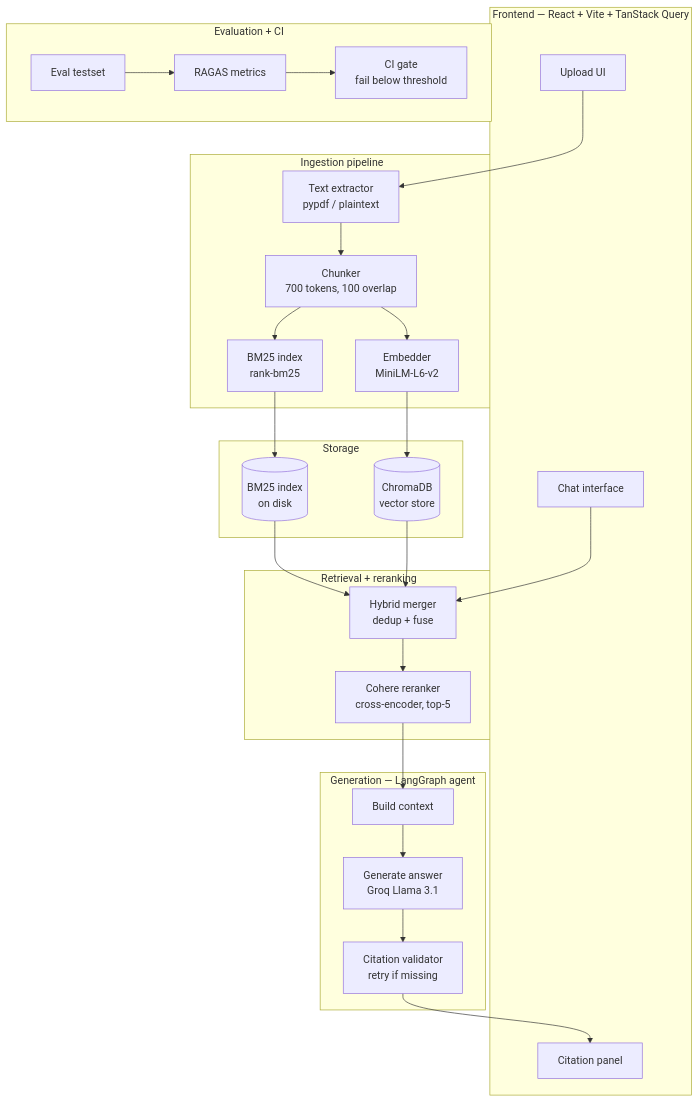
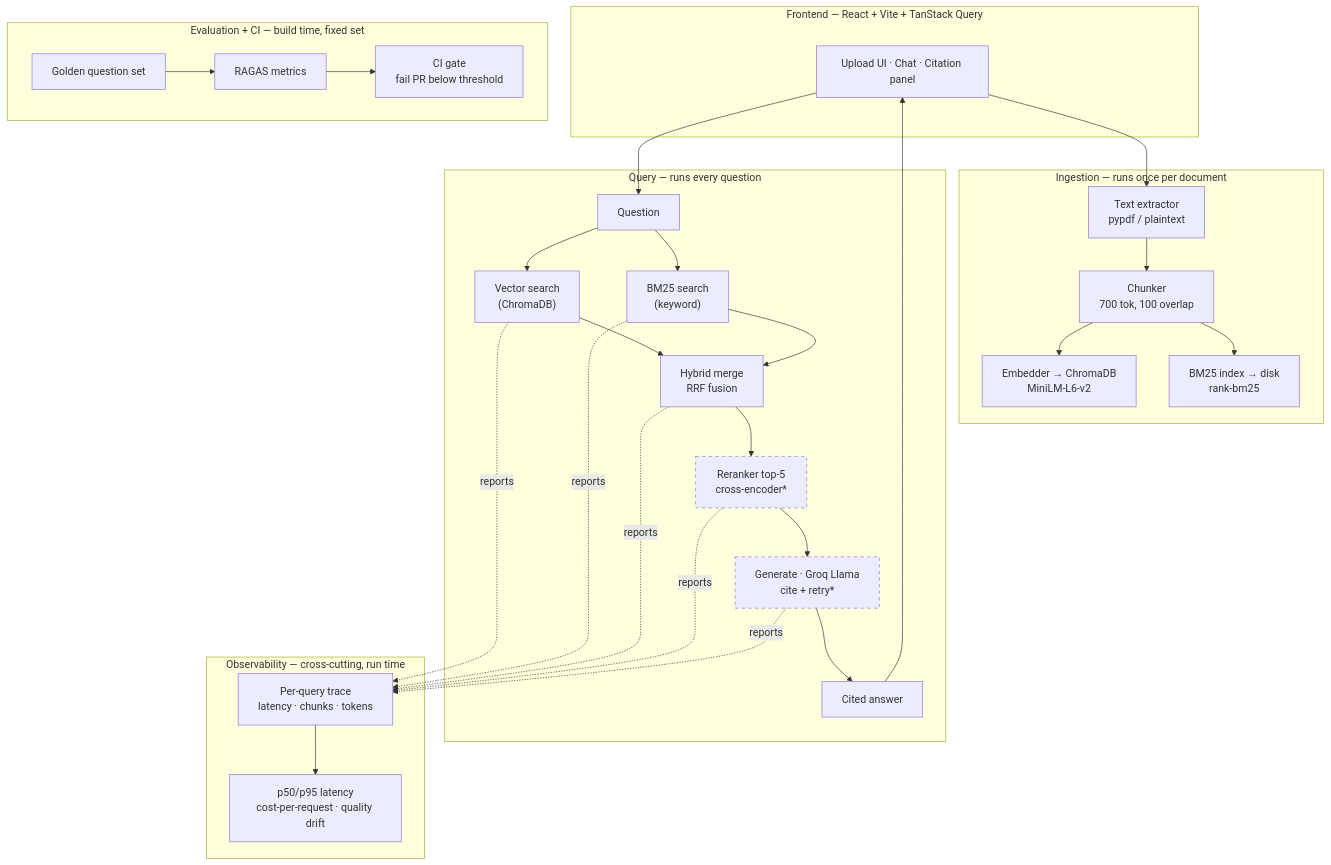
The diagram in README.md (guptaisha77/ask-my-docs), drawn with Mermaid before and after one commit. The commit also changed other lines of this file, not shown here.

Commit message:
docs: redesign arch diagram with observability layer, add hybrid/generation concepts, sync status

````diff
--- a/README.md
+++ b/README.md
@@ -41,56 +42,43 @@
 ```mermaid
 flowchart TD
     subgraph FE["Frontend — React + Vite + TanStack Query"]
-        UI["Upload UI"]
-        Chat["Chat interface"]
-        Cite["Citation panel"]
+        UI["Upload UI · Chat · Citation panel"]
     end
 
-    subgraph ING["Ingestion pipeline"]
-        Extract["Text extractor<br/>pypdf / plaintext"]
-        Chunk["Chunker<br/>700 tokens, 100 overlap"]
-        Embed["Embedder<br/>MiniLM-L6-v2"]
-        BM25idx["BM25 index<br/>rank-bm25"]
+    subgraph ING["Ingestion — runs once per document"]
+        Extract["Text extractor<br/>pypdf / plaintext"] --> Chunk["Chunker<br/>700 tok, 100 overlap"]
+        Chunk --> Embed["Embedder → ChromaDB<br/>MiniLM-L6-v2"]
+        Chunk --> BM25idx["BM25 index → disk<br/>rank-bm25"]
     end
 
-    subgraph STORE["Storage"]
-        Chroma[("ChromaDB<br/>vector store")]
-        Pickle[("BM25 index<br/>on disk")]
+    subgraph QRY["Query — runs every question"]
+        Q["Question"] --> VS["Vector search<br/>(ChromaDB)"]
+        Q --> KS["BM25 search<br/>(keyword)"]
+        VS --> Hybrid["Hybrid merge<br/>RRF fusion"]
+        KS --> Hybrid
+        Hybrid --> Rerank["Reranker top-5<br/>cross-encoder*"]
+        Rerank --> Gen["Generate · Groq Llama<br/>cite + retry*"]
+        Gen --> Ans["Cited answer"]
     end
 
-    subgraph RET["Retrieval + reranking"]
-        Hybrid["Hybrid merger<br/>dedup + fuse"]
-        Rerank["Cohere reranker<br/>cross-encoder, top-5"]
+    subgraph OBS["Observability — cross-cutting, run time"]
+        Trace["Per-query trace<br/>latency · chunks · tokens"] --> Agg["p50/p95 latency<br/>cost-per-request · quality drift"]
     end
 
-    subgraph GEN["Generation — LangGraph agent"]
-        Ctx["Build context"]
-        LLM["Generate answer<br/>Groq Llama 3.1"]
-        Valid["Citation validator<br/>retry if missing"]
-    end
-
-    subgraph EVAL["Evaluation + CI"]
-        Testset["Eval testset"]
-        Ragas["RAGAS metrics"]
-        Gate["CI gate<br/>fail below threshold"]
+    subgraph EV["Evaluation + CI — build time, fixed set"]
+        Testset["Golden question set"] --> Ragas["RAGAS metrics"] --> Gate["CI gate<br/>fail PR below threshold"]
     end
 
     UI --> Extract
-    Extract --> Chunk
-    Chunk --> Embed
-    Chunk --> BM25idx
-    Embed --> Chroma
-    BM25idx --> Pickle
+    UI --> Q
+    Ans --> UI
 
-    Chat --> Hybrid
-    Pickle --> Hybrid
-    Chroma --> Hybrid
-    Hybrid --> Rerank
-    Rerank --> Ctx
-    Ctx --> LLM
-    LLM --> Valid
-    Valid --> Cite
+    VS -.reports.-> Trace
+    KS -.reports.-> Trace
+    Hybrid -.reports.-> Trace
+    Rerank -.reports.-> Trace
+    Gen -.reports.-> Trace
 
-    Testset --> Ragas
-    Ragas --> Gate
+    classDef next stroke-dasharray: 5 5;
+    class Rerank,Gen next;
 ```
````
